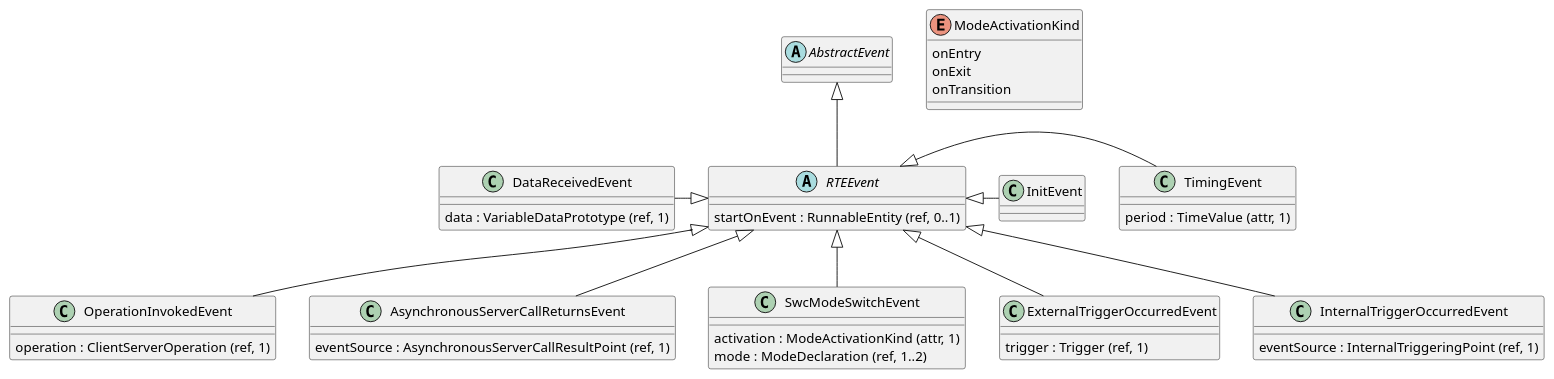
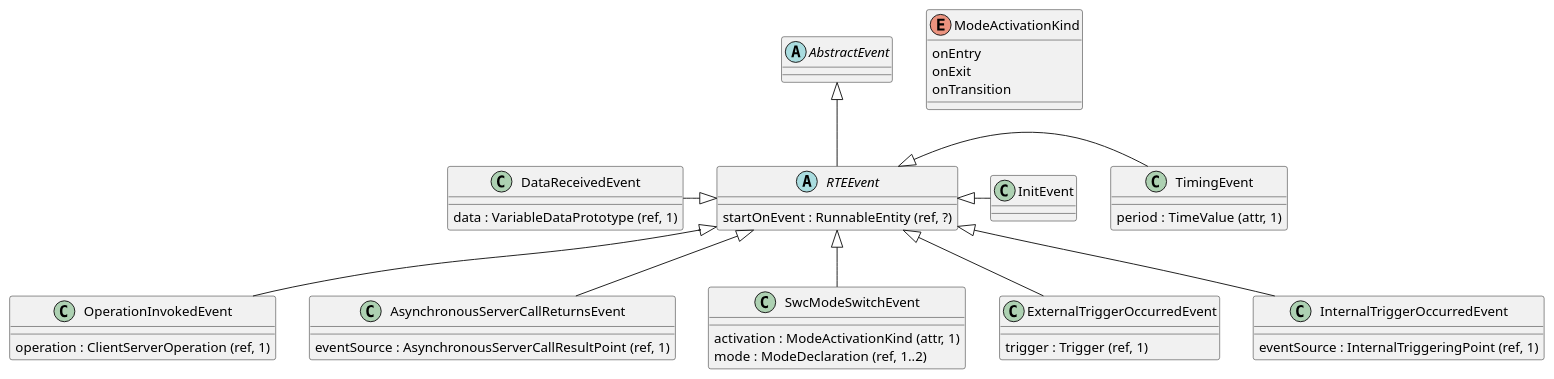
Before and after one commit to hazemanwer2000/knowledge-base: diagram 15 of 19 in vault-base/Topics/Technical-Topics/OS/AUTOSAR/General/AUTOSAR-SW-Components.md, drawn with PlantUML. The commit also changed other lines of this file, not shown here.

````diff
--- a/vault-base/Topics/Technical-Topics/OS/AUTOSAR/General/AUTOSAR-SW-Components.md
+++ b/vault-base/Topics/Technical-Topics/OS/AUTOSAR/General/AUTOSAR-SW-Components.md
@@ -255,43 +271,43 @@
 ```plantuml
 abstract AbstractEvent
 abstract RTEEvent {
-	startOnEvent : RunnableEntity (ref, 0..1)
+	startOnEvent : RunnableEntity (ref, ?)
 }
 class TimingEvent {
 	period : TimeValue (attr, 1)
 }
 class InitEvent
 class DataReceivedEvent {
 	data : VariableDataPrototype (ref, 1)
 }
 class OperationInvokedEvent {
 	operation : ClientServerOperation (ref, 1)
 }
 class AsynchronousServerCallReturnsEvent {
 	eventSource : AsynchronousServerCallResultPoint (ref, 1)
 }
 class SwcModeSwitchEvent {
 	activation : ModeActivationKind (attr, 1)
 	mode : ModeDeclaration (ref, 1..2)
 }
 class ExternalTriggerOccurredEvent {
 	trigger : Trigger (ref, 1)
 }
 class InternalTriggerOccurredEvent {
 	eventSource : InternalTriggeringPoint (ref, 1)
 }
 enum ModeActivationKind {
 	onEntry
 	onExit
 	onTransition
 }
 AbstractEvent <|-- RTEEvent
 RTEEvent <|-right- TimingEvent
 RTEEvent <|-right- InitEvent
 RTEEvent <|-left- DataReceivedEvent
 RTEEvent <|-- OperationInvokedEvent
 RTEEvent <|-- AsynchronousServerCallReturnsEvent
 RTEEvent <|-- SwcModeSwitchEvent
 RTEEvent <|-- ExternalTriggerOccurredEvent
 RTEEvent <|-- InternalTriggerOccurredEvent
 ```
````
